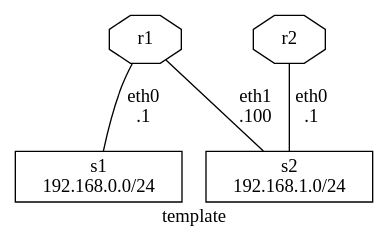
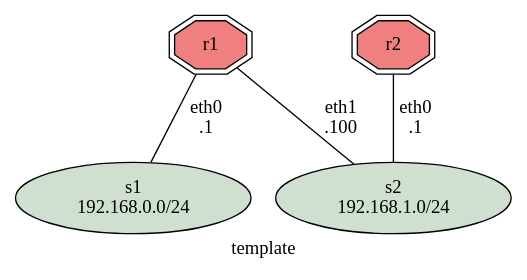
Before and after one commit to FRRouting/topotests: the diagram in example-test/test_template.dot, drawn with Graphviz. The commit also changed 2 other files, not shown here.

```diff
--- a/example-test/test_template.dot
+++ b/example-test/test_template.dot
@@ -1,29 +1,51 @@
+## Color coding:
+#########################
+##  Main FRR: #f08080  red
+##  Switches: #d0e0d0  gray
+##  RIP:      #19e3d9  Cyan
+##  RIPng:    #fcb314  dark yellow
+##  OSPFv2:   #32b835  Green
+##  OSPFv3:   #19e3d9  Cyan
+##  ISIS IPv4 #fcb314  dark yellow
+##  ISIS IPv6 #9a81ec  purple
+##  BGP IPv4  #eee3d3  beige
+##  BGP IPv6  #fdff00  yellow
+##### Colors (see http://www.color-hex.com/)
+
 graph template {
 	label="template";
 
 	# Routers
 	r1 [
-		shape=octagon,
+		shape=doubleoctagon,
 		label="r1",
+		fillcolor="#f08080",
+		style=filled,
 	];
 	r2 [
-		shape=octagon
+		shape=doubleoctagon
 		label="r2",
+		fillcolor="#f08080",
+		style=filled,
 	];
 
 	# Switches
 	s1 [
-		shape=box,
+		shape=oval,
 		label="s1\n192.168.0.0/24",
+		fillcolor="#d0e0d0",
+		style=filled,
 	];
 	s2 [
-		shape=box,
+		shape=oval,
 		label="s2\n192.168.1.0/24",
+		fillcolor="#d0e0d0",
+		style=filled,
 	];
 
 	# Connections
 	r1 -- s1 [label="eth0\n.1"];
 
 	r1 -- s2 [label="eth1\n.100"];
 	r2 -- s2 [label="eth0\n.1"];
 }
```
